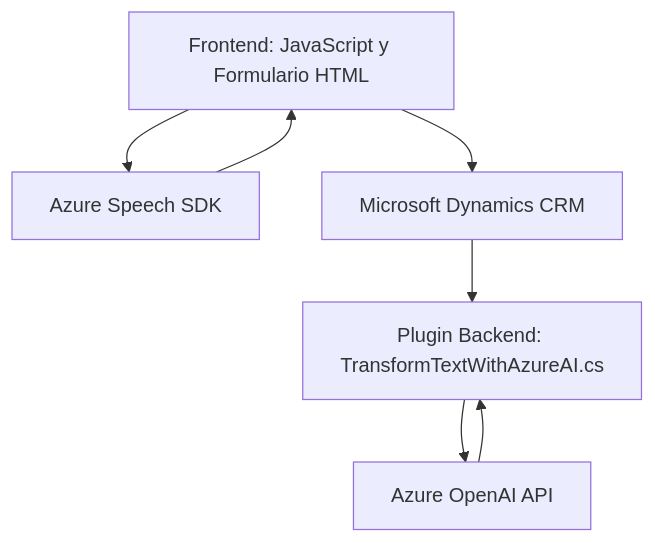
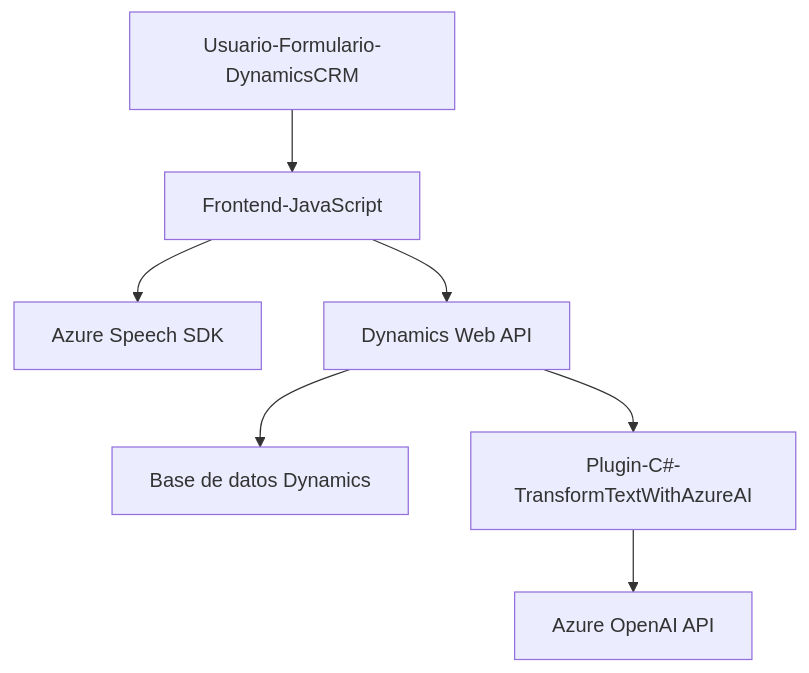
Before and after one commit to blopezdm/NETCORE_BILBAO2025: the diagram in README.md, drawn with Mermaid. The commit also changed other lines of this file, not shown here.

````diff
--- a/README.md
+++ b/README.md
@@ -44,15 +34,9 @@
 ```mermaid
 graph TD
-    A["Frontend: JavaScript y Formulario HTML"]
-    B["Azure Speech SDK"]
-    C["Microsoft Dynamics CRM"]
-    D["Azure OpenAI API"]
-    E["Plugin Backend: TransformTextWithAzureAI.cs"]
-
-    A --> B
-    A --> C
-    B --> A
-    C --> E
-    E --> D
-    D --> E
+    A["Usuario-Formulario-DynamicsCRM"] --> B["Frontend-JavaScript"]
+    B --> C["Azure Speech SDK"]
+    B --> D["Dynamics Web API"]
+    D --> E["Base de datos Dynamics"]
+    D --> F["Plugin-C#-TransformTextWithAzureAI"]
+    F --> G["Azure OpenAI API"]
 ```
````
